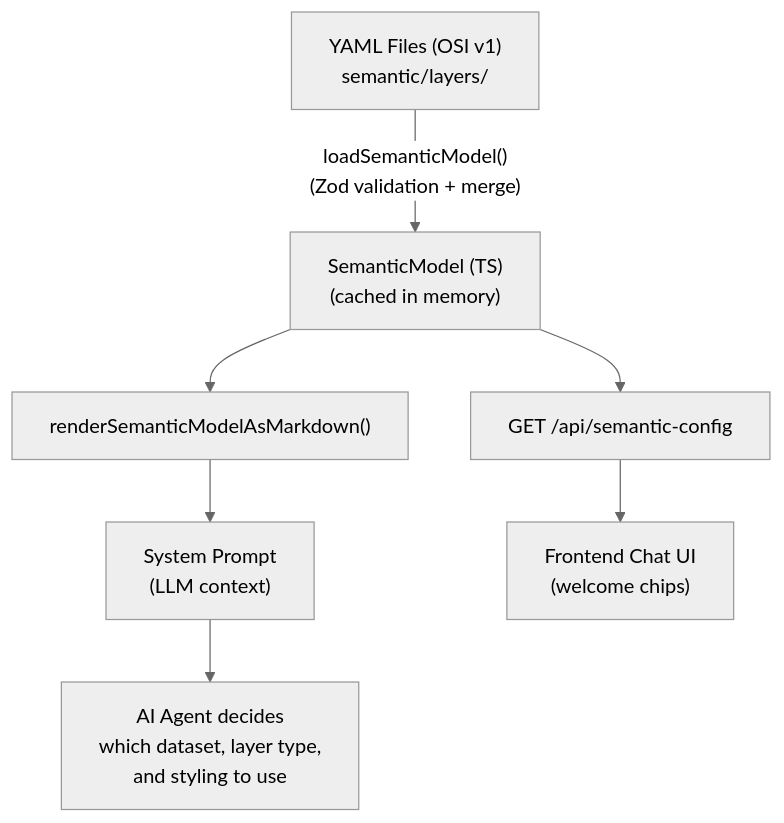
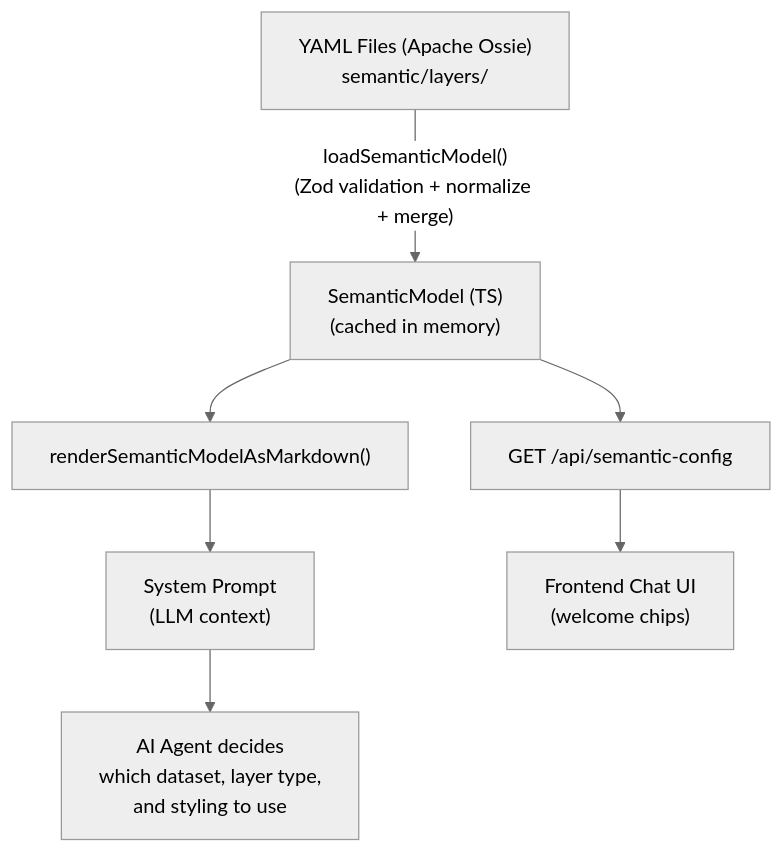
Before and after one commit to CartoDB/carto-agentic-deckgl: the second of 2 diagrams in docs/SEMANTIC_LAYER_GUIDE.md, drawn with Mermaid (neutral theme). The commit also changed other lines of this file and 22 other files, not shown here.

First line of the commit message:
feat(semantic): migrate OSI v1.0 to Apache Ossie core metadata spec

````diff
--- a/docs/SEMANTIC_LAYER_GUIDE.md
+++ b/docs/SEMANTIC_LAYER_GUIDE.md
@@ -233,9 +251,9 @@
 ```mermaid
 flowchart TD
-    A["YAML Files (OSI v1)\nsemantic/layers/"] -->|"loadSemanticModel()\n(Zod validation + merge)"| B["SemanticModel (TS)\n(cached in memory)"]
+    A["YAML Files (Apache Ossie)\nsemantic/layers/"] -->|"loadSemanticModel()\n(Zod validation + normalize + merge)"| B["SemanticModel (TS)\n(cached in memory)"]
     B --> C["renderSemanticModelAsMarkdown()"]
     B --> D["GET /api/semantic-config"]
     C --> E["System Prompt\n(LLM context)"]
     D --> F["Frontend Chat UI\n(welcome chips)"]
     E --> G["AI Agent decides\nwhich dataset, layer type,\nand styling to use"]
 ```
````
